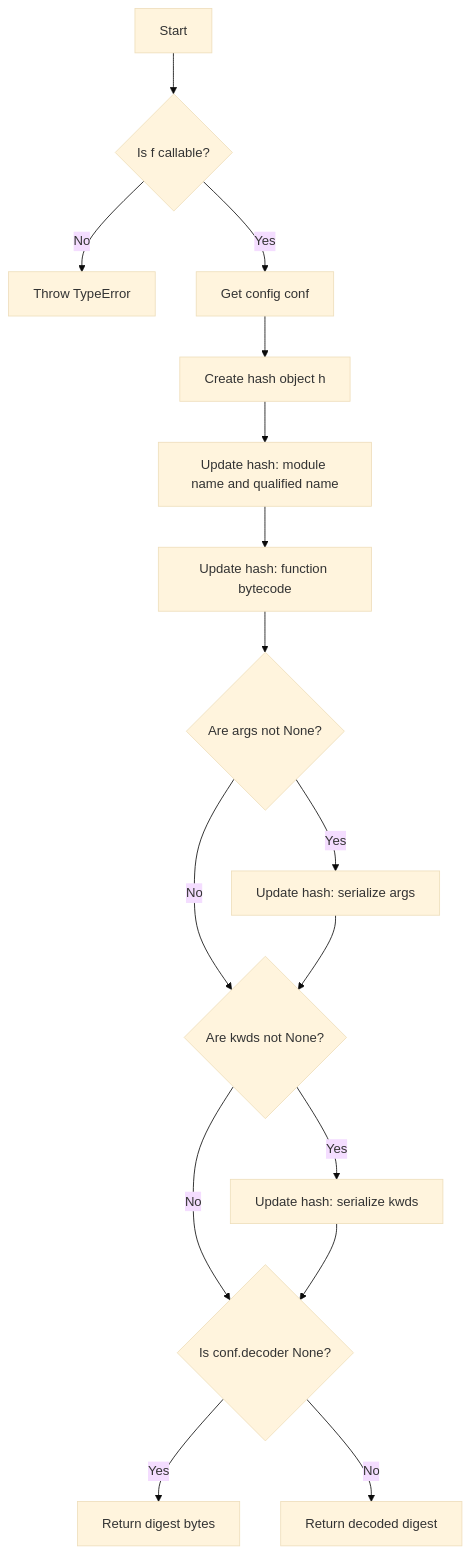
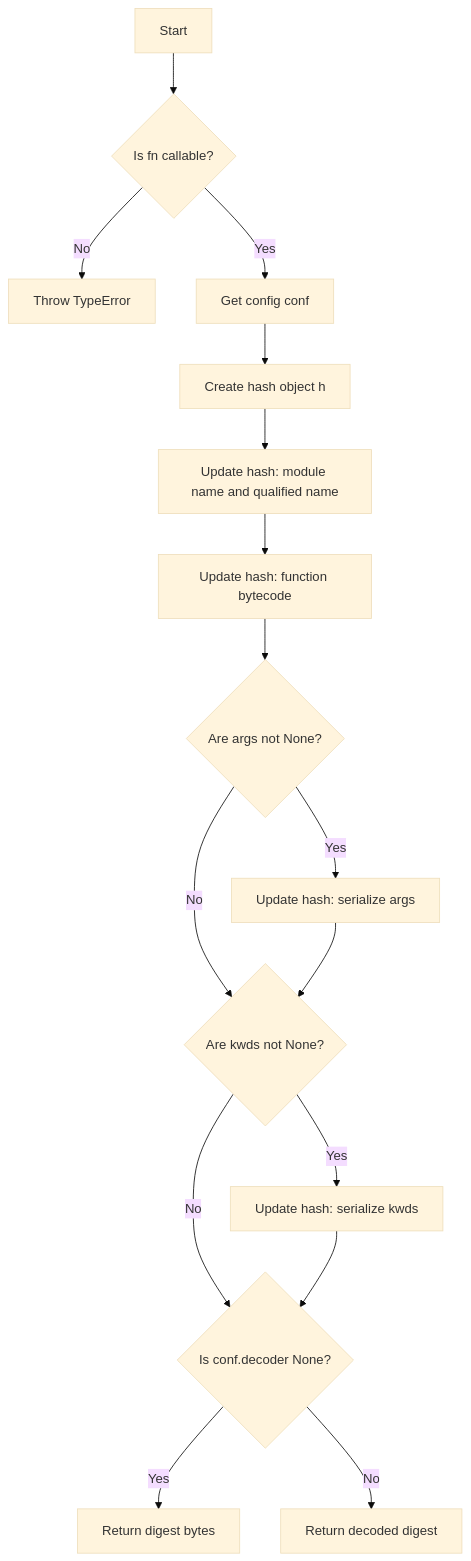
The second of 8 diagrams in README.md (tanbro/redis_func_cache), drawn with Mermaid (base theme) before and after one commit. The commit also changed other lines of this file and 14 other files, not shown here.

````diff
--- a/README.md
+++ b/README.md
@@ -786,18 +786,18 @@
 ```mermaid
 flowchart TD
-    A[Start] --> B{Is f callable?}
+    A[Start] --> B{Is fn callable?}
     B -->|No| C[Throw TypeError]
     B -->|Yes| D[Get config conf]
     D --> E[Create hash object h]
     E --> F[Update hash: module name and qualified name]
     F --> G[Update hash: function bytecode]
     G --> H{Are args not None?}
     H -->|Yes| I[Update hash: serialize args]
     H -->|No| J{Are kwds not None?}
     I --> J
     J -->|Yes| K[Update hash: serialize kwds]
     J -->|No| L{Is conf.decoder None?}
     K --> L
     L -->|Yes| M[Return digest bytes]
     L -->|No| N[Return decoded digest]
 ```
````
